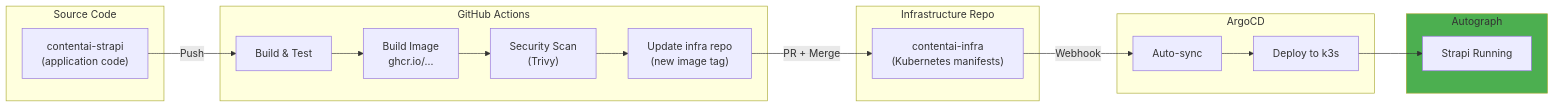
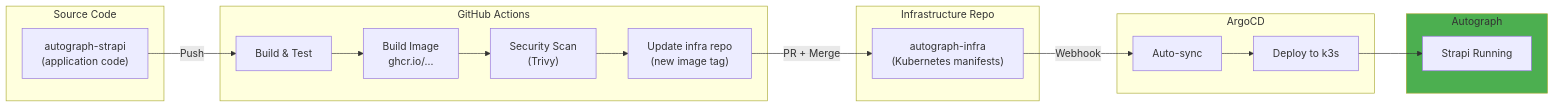
Before and after one commit to PearlThoughtsInternship/Internship-Obsidian-Vault: the tenth of 10 diagrams in DevOps/02-Engineering/05-GitOps.md, drawn with Mermaid. The commit also changed other lines of this file and 7 other files, not shown here.

````diff
--- a/DevOps/02-Engineering/05-GitOps.md
+++ b/DevOps/02-Engineering/05-GitOps.md
@@ -749,32 +749,32 @@
 ```mermaid
 flowchart LR
     subgraph Code["Source Code"]
-        SC["contentai-strapi\n(application code)"]
+        SC["autograph-strapi\n(application code)"]
     end
 
     subgraph CI["GitHub Actions"]
         BUILD["Build & Test"]
         IMG["Build Image\nghcr.io/..."]
         SCAN["Security Scan\n(Trivy)"]
         UPDATE["Update infra repo\n(new image tag)"]
     end
 
     subgraph Infra["Infrastructure Repo"]
-        YAML["contentai-infra\n(Kubernetes manifests)"]
+        YAML["autograph-infra\n(Kubernetes manifests)"]
     end
 
     subgraph CD["ArgoCD"]
         SYNC["Auto-sync"]
         DEPLOY["Deploy to k3s"]
     end
 
     subgraph Cluster["Autograph"]
         STRAPI["Strapi Running"]
     end
 
     SC -->|"Push"| BUILD --> IMG --> SCAN --> UPDATE
     UPDATE -->|"PR + Merge"| YAML
     YAML -->|"Webhook"| SYNC --> DEPLOY --> STRAPI
 
     style Cluster fill:#4CAF50
 ```
````
